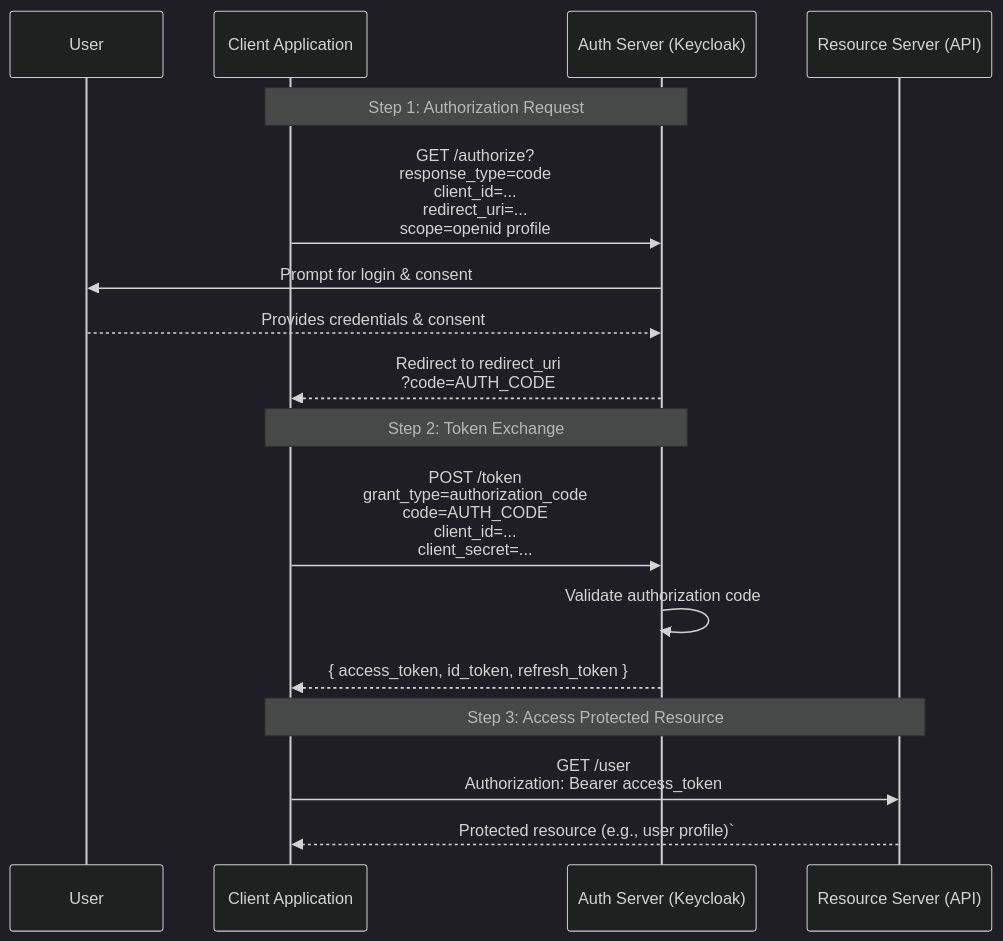
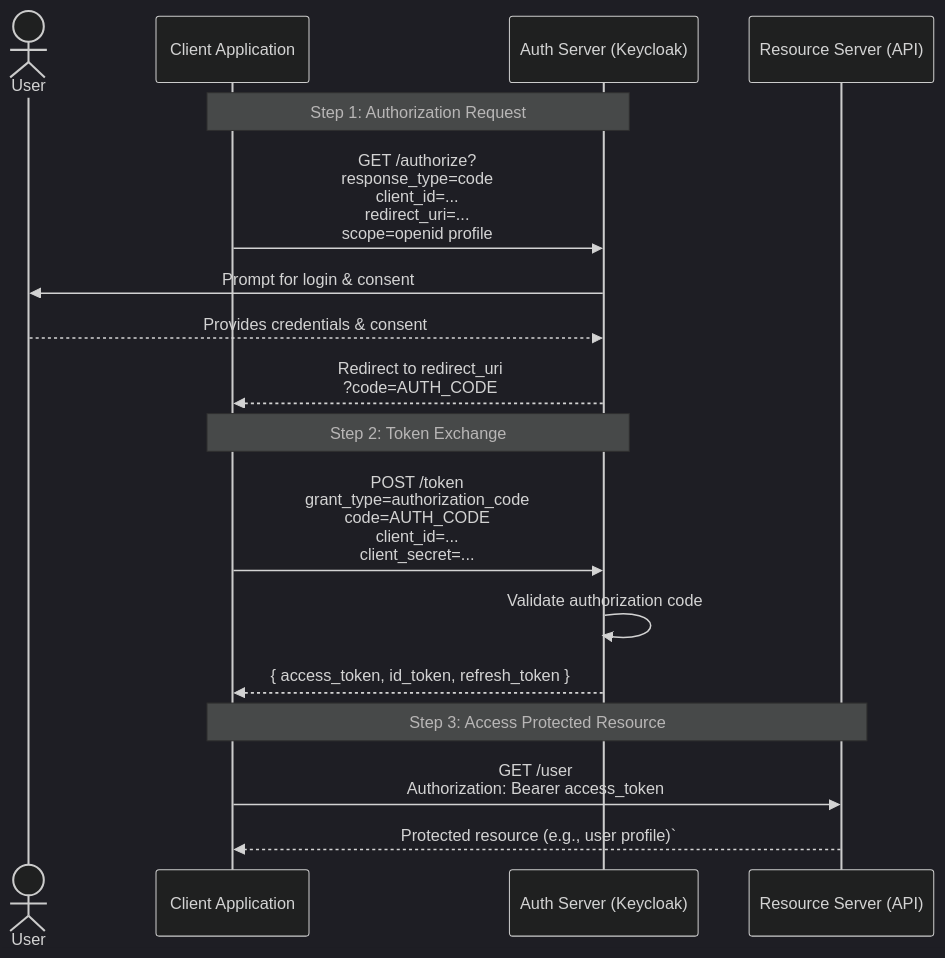
One commit to Juniar-Rakhman/kc_learn changed the first of 2 diagrams in keycloak_slides.md. Above: the diagram before and after it, drawn with Mermaid (dark theme). The commit also changed other lines of this file, not shown here.

````diff
--- a/keycloak_slides.md
+++ b/keycloak_slides.md
@@ -159,22 +159,22 @@
 ```mermaid +render
 sequenceDiagram
-participant User
+Actor User
 participant ClientApp as Client Application
 participant AuthServer as Auth Server (Keycloak)
 participant ResourceServer as Resource Server (API)
 
     Note over ClientApp,AuthServer: Step 1: Authorization Request
     ClientApp->>AuthServer: GET /authorize?<br/>response_type=code<br/>client_id=...<br/>redirect_uri=...<br/>scope=openid profile
     AuthServer->>User: Prompt for login & consent
     User-->>AuthServer: Provides credentials & consent
     AuthServer-->>ClientApp: Redirect to redirect_uri<br/>?code=AUTH_CODE
 
     Note over ClientApp,AuthServer: Step 2: Token Exchange
     ClientApp->>AuthServer: POST /token<br/>grant_type=authorization_code<br/>code=AUTH_CODE<br/>client_id=...<br/>client_secret=...
     AuthServer->>AuthServer: Validate authorization code
     AuthServer-->>ClientApp: { access_token, id_token, refresh_token }
 
     Note over ClientApp,ResourceServer: Step 3: Access Protected Resource
     ClientApp->>ResourceServer: GET /user<br/>Authorization: Bearer access_token
     ResourceServer-->>ClientApp: Protected resource (e.g., user profile)`
 ```
````
